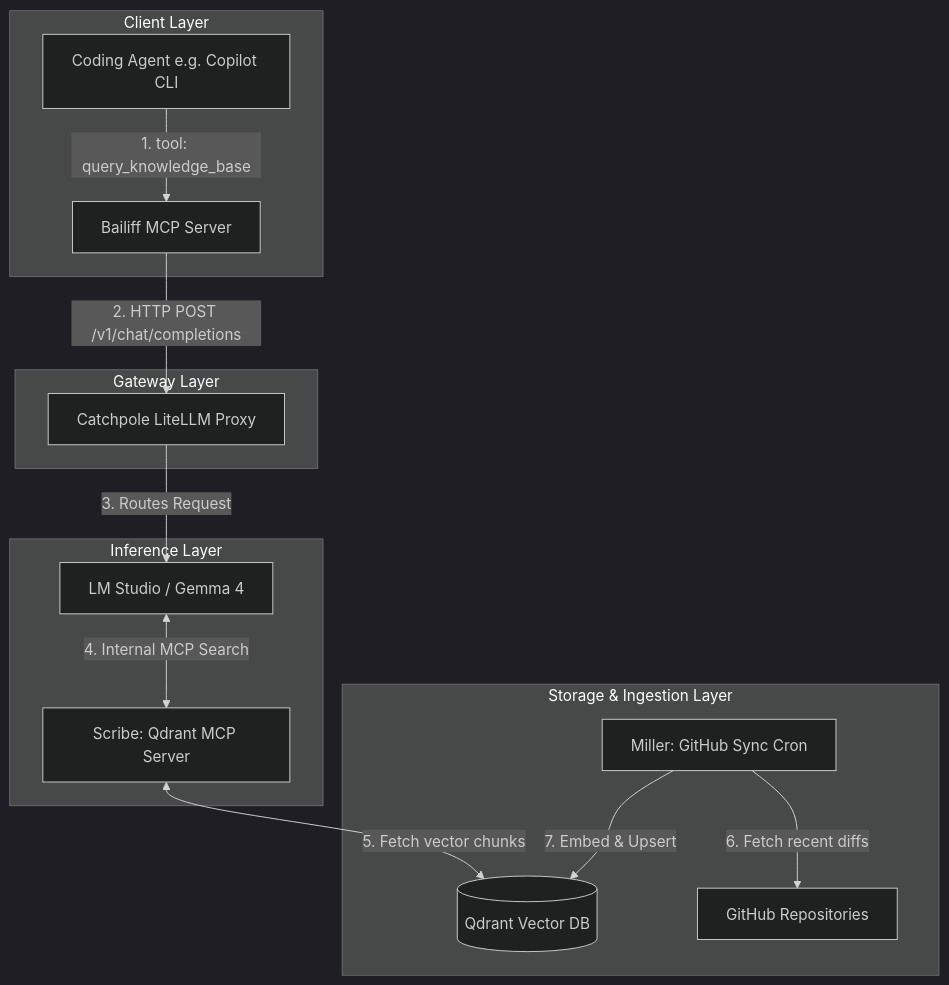
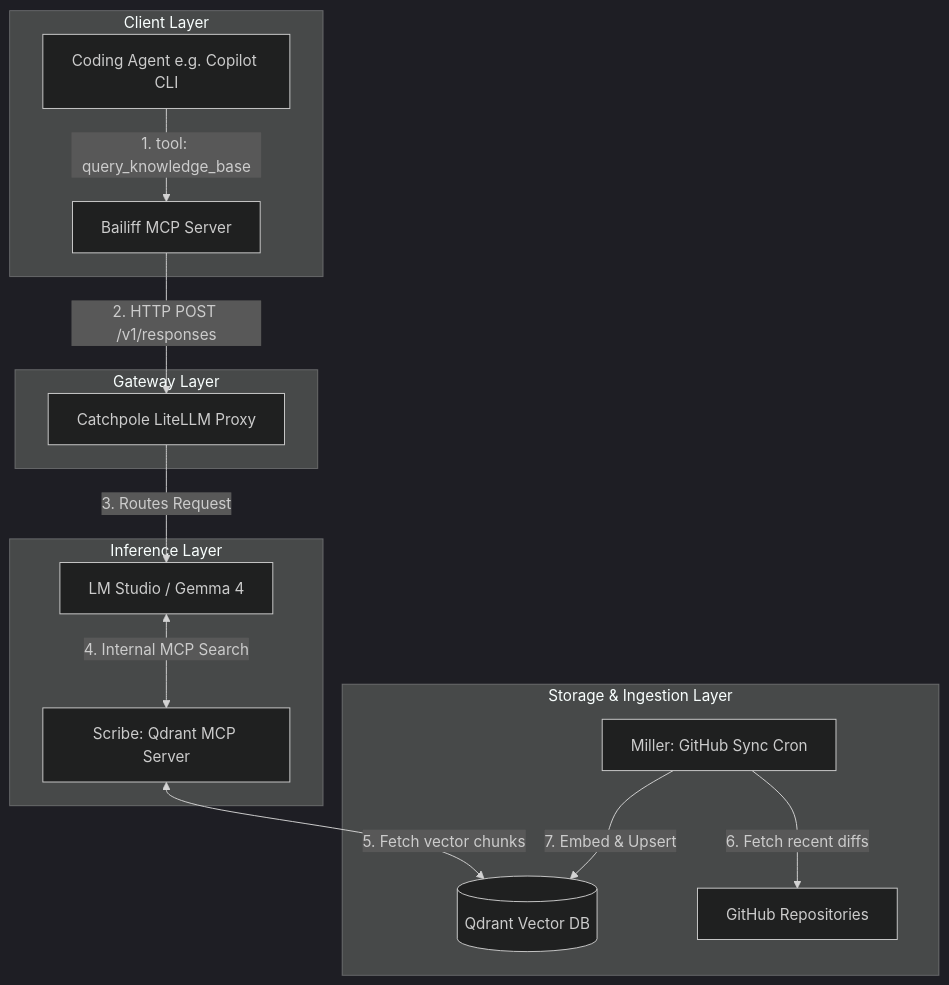
Before and after one commit to quintindk/chamberlain: the diagram in specification.md, drawn with Mermaid (dark theme). The commit also changed other lines of this file, not shown here.

First line of the commit message:
Bump bailiff + correct API endpoint in spec

````diff
--- a/specification.md
+++ b/specification.md
@@ -20,30 +20,30 @@
 ```mermaid
 graph TD
     subgraph Client Layer
         Agent[Coding Agent e.g. Copilot CLI]
         Bailiff[Bailiff MCP Server]
     end
 
     subgraph Gateway Layer
         Catchpole[Catchpole LiteLLM Proxy]
     end
 
     subgraph Inference Layer
         LMS[LM Studio / Gemma 4]
         Scribe[Scribe: Qdrant MCP Server]
     end
 
     subgraph Storage & Ingestion Layer
         DB[(Qdrant Vector DB)]
         Miller[Miller: GitHub Sync Cron]
         GH[GitHub Repositories]
     end
 
     Agent -->|1. tool: query_knowledge_base| Bailiff
-    Bailiff -->|2. HTTP POST /v1/chat/completions| Catchpole
+    Bailiff -->|2. HTTP POST /v1/responses| Catchpole
     Catchpole -->|3. Routes Request| LMS
     LMS <-->|4. Internal MCP Search| Scribe
     Scribe <-->|5. Fetch vector chunks| DB
     Miller -->|6. Fetch recent diffs| GH
     Miller -->|7. Embed & Upsert| DB
 ```
````
